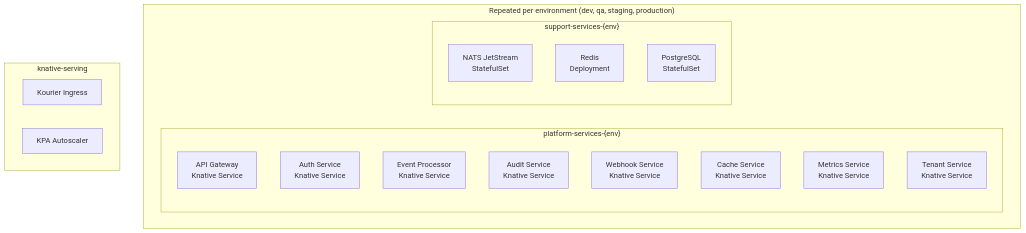
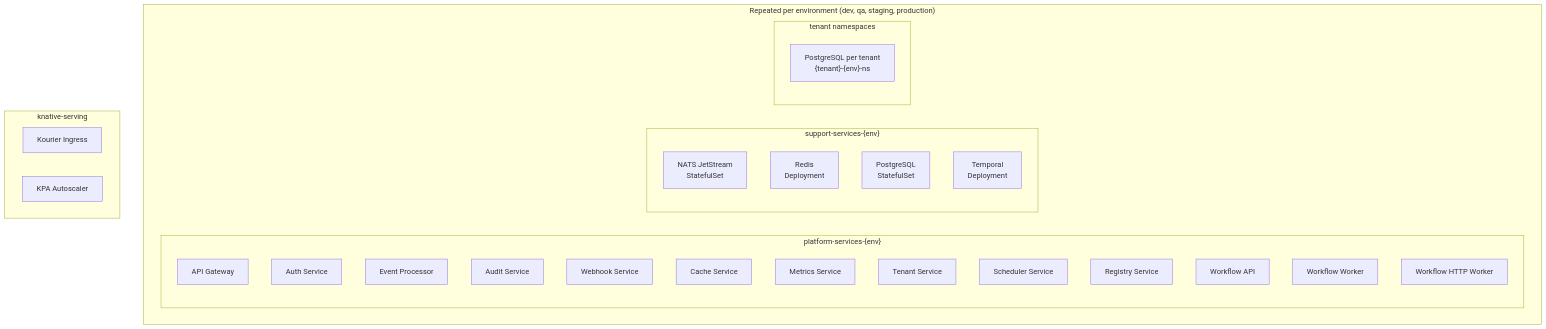
One commit to ccarnero/colloqui changed diagram 15 of 16 in ARCHITECTURE.md. Above: the diagram before and after it, drawn with Mermaid. The commit also changed other lines of this file and 23 other files, not shown here.

````diff
--- a/ARCHITECTURE.md
+++ b/ARCHITECTURE.md
@@ -503,26 +662,36 @@
 ```mermaid
 graph TB
     subgraph perEnv ["Repeated per environment (dev, qa, staging, production)"]
         subgraph platformSvc ["platform-services-{env}"]
-            GW[API Gateway<br/>Knative Service]
-            AUTH[Auth Service<br/>Knative Service]
-            EP[Event Processor<br/>Knative Service]
-            AS[Audit Service<br/>Knative Service]
-            WH[Webhook Service<br/>Knative Service]
-            CS[Cache Service<br/>Knative Service]
-            MS[Metrics Service<br/>Knative Service]
-            TS[Tenant Service<br/>Knative Service]
+            GW[API Gateway]
+            AUTH[Auth Service]
+            EP[Event Processor]
+            AS[Audit Service]
+            WH[Webhook Service]
+            CS[Cache Service]
+            MS[Metrics Service]
+            TS[Tenant Service]
+            SCHED[Scheduler Service]
+            REG[Registry Service]
+            WF_API[Workflow API]
+            WF_W[Workflow Worker]
+            WF_H[Workflow HTTP Worker]
         end
 
         subgraph supportSvc ["support-services-{env}"]
             NATS[NATS JetStream<br/>StatefulSet]
             Redis[Redis<br/>Deployment]
             PG[PostgreSQL<br/>StatefulSet]
+            TMP[Temporal<br/>Deployment]
+        end
+
+        subgraph tenantNs ["tenant namespaces"]
+            T_PG["PostgreSQL per tenant<br/>{tenant}-{env}-ns"]
         end
     end
 
     subgraph knativeServing [knative-serving]
         Kourier[Kourier Ingress]
         KPA[KPA Autoscaler]
     end
 ```
````
